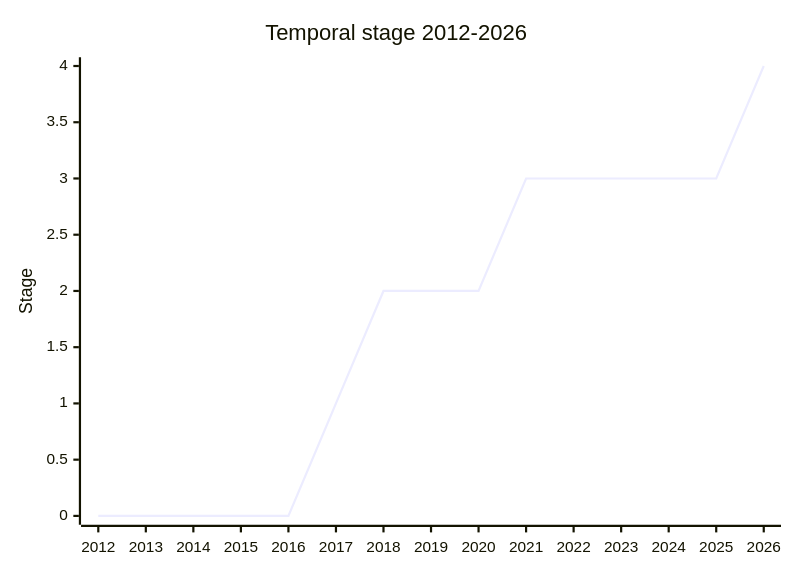
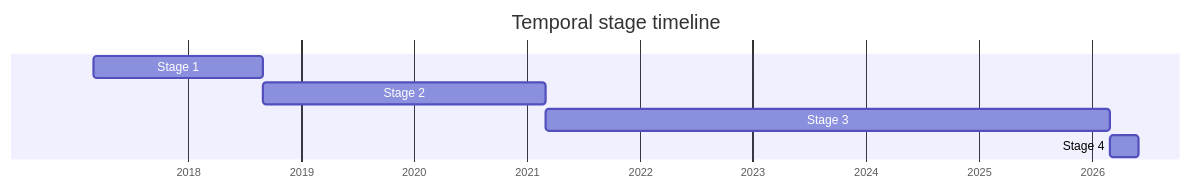
The diagram in wiki/proposals/temporal.md (Jxck/tc39-llm-wiki), drawn with Mermaid before and after one commit. The commit also changed other lines of this file and 11 other files, not shown here.

First line of the commit message:
[wiki] switch stage graphs from xychart-beta to mermaid gantt

````diff
--- a/wiki/proposals/temporal.md
+++ b/wiki/proposals/temporal.md
@@ -33,7 +33,11 @@
 ```mermaid
-xychart-beta
-    title "Temporal stage 2012-2026"
-    x-axis [2012, 2013, 2014, 2015, 2016, 2017, 2018, 2019, 2020, 2021, 2022, 2023, 2024, 2025, 2026]
-    y-axis "Stage" 0 --> 4
-    line [0, 0, 0, 0, 0, 1, 2, 2, 2, 3, 3, 3, 3, 3, 4]
+gantt
+    title Temporal stage timeline
+    dateFormat YYYY-MM
+    axisFormat %Y
+    todayMarker off
+    Stage 1 : 2017-03, 2018-09
+    Stage 2 : 2018-09, 2021-03
+    Stage 3 : 2021-03, 2026-03
+    Stage 4 : 2026-03, 2026-06
 ```
````
